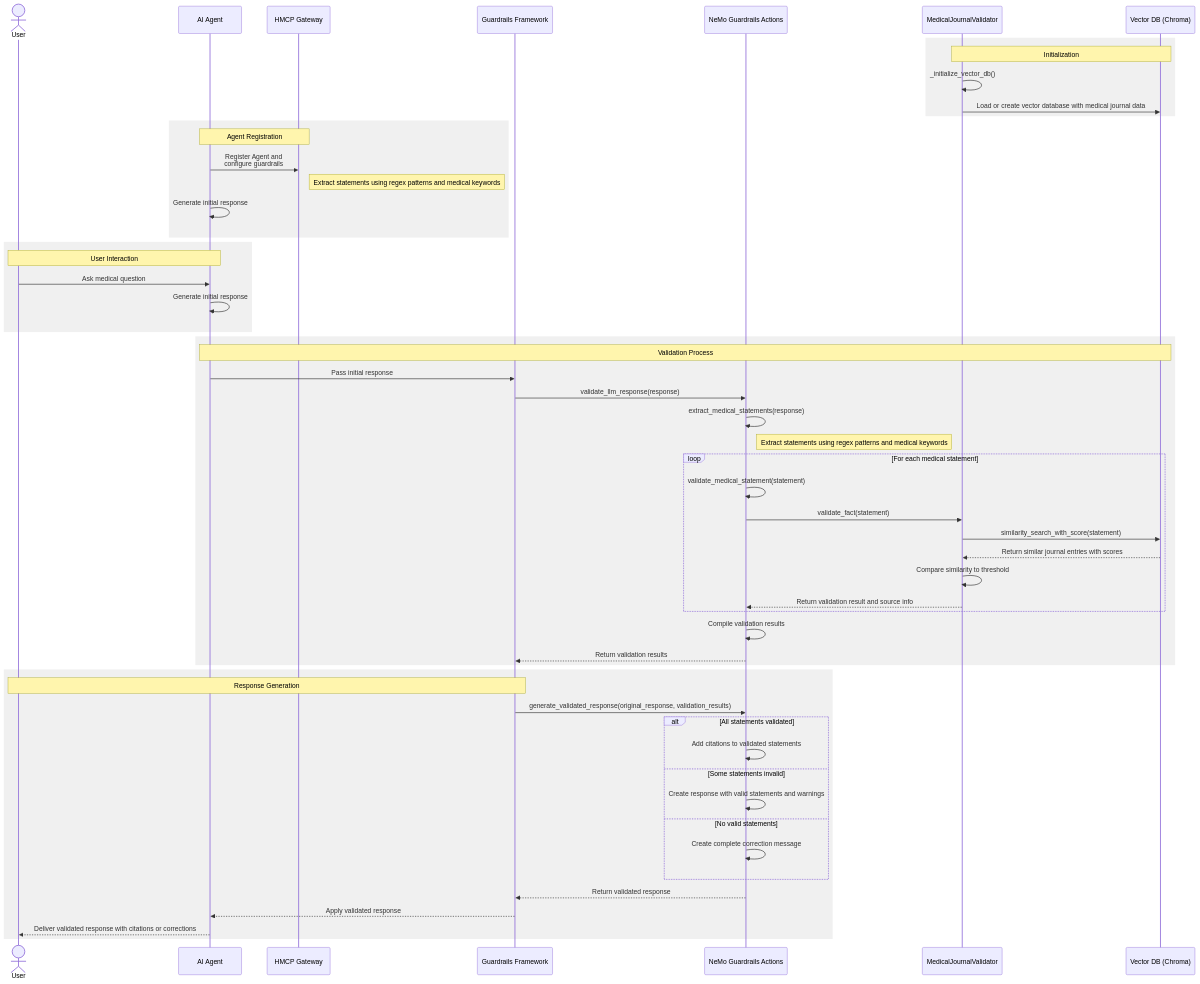
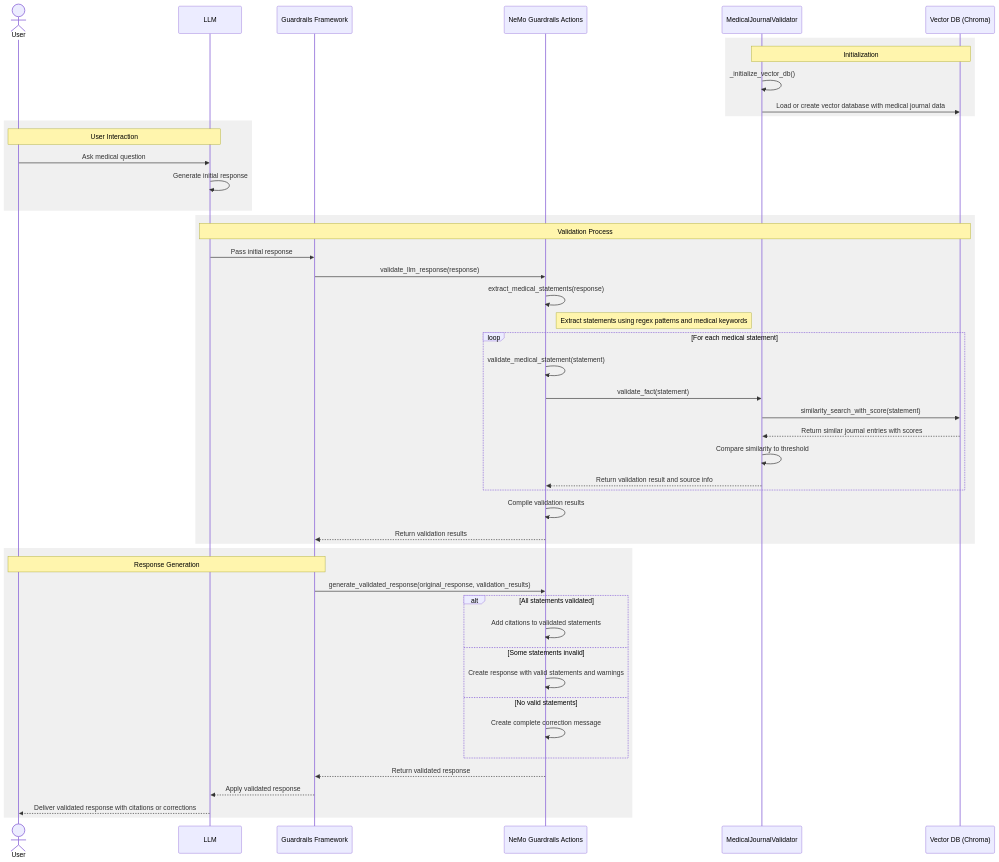
One commit to amitv-innovaccer/Healthcare-MCP changed the second of 2 diagrams in docs/specification/guardrails.md. Above: the diagram before and after it, drawn with Mermaid. The commit also changed other lines of this file and 37 other files, not shown here.

````diff
--- a/docs/specification/guardrails.md
+++ b/docs/specification/guardrails.md
@@ -30,71 +172,62 @@
 ```mermaid
 sequenceDiagram
     actor User
-    participant LLM as AI Agent
-    participant GATE as HMCP Gateway
+    participant LLM as LLM
     participant GF as Guardrails Framework
     participant Actions as NeMo Guardrails Actions
     participant Validator as MedicalJournalValidator
     participant VectorDB as Vector DB (Chroma)
 
     %% Initialization
     rect rgb(240, 240, 240)
         Note over Validator, VectorDB: Initialization
         Validator->>Validator: _initialize_vector_db()
         Validator->>VectorDB: Load or create vector database with medical journal data
-    end
-
-    %% Agent Registration
-    rect rgb(240, 240, 240)
-        Note over LLM, GATE: Agent Registration
-        LLM->>GATE: Register Agent and <br>configure guardrails
-        Note right of GATE: Extract statements using regex patterns and medical keywords  
-        LLM->>LLM: Generate initial response
     end
 
     %% User Interaction
     rect rgb(240, 240, 240)
         Note over User, LLM: User Interaction
         User->>LLM: Ask medical question
         LLM->>LLM: Generate initial response
     end
 
     %% Validation Process
     rect rgb(240, 240, 240)
         Note over LLM, VectorDB: Validation Process
         LLM->>GF: Pass initial response
         GF->>Actions: validate_llm_response(response)
         Actions->>Actions: extract_medical_statements(response)
         Note right of Actions: Extract statements using regex patterns and medical keywords
 
         loop For each medical statement
             Actions->>Actions: validate_medical_statement(statement)
             Actions->>Validator: validate_fact(statement)
             Validator->>VectorDB: similarity_search_with_score(statement)
             VectorDB-->>Validator: Return similar journal entries with scores
             Validator->>Validator: Compare similarity to threshold
             Validator-->>Actions: Return validation result and source info
         end
 
         Actions->>Actions: Compile validation results
         Actions-->>GF: Return validation results
     end
 
     %% Response Generation
     rect rgb(240, 240, 240)
         Note over GF, User: Response Generation
         GF->>Actions: generate_validated_response(original_response, validation_results)
         
         alt All statements validated
             Actions->>Actions: Add citations to validated statements
         else Some statements invalid
             Actions->>Actions: Create response with valid statements and warnings
         else No valid statements
             Actions->>Actions: Create complete correction message
         end
         
         Actions-->>GF: Return validated response
         GF-->>LLM: Apply validated response
         LLM-->>User: Deliver validated response with citations or corrections
     end
 ```
````
